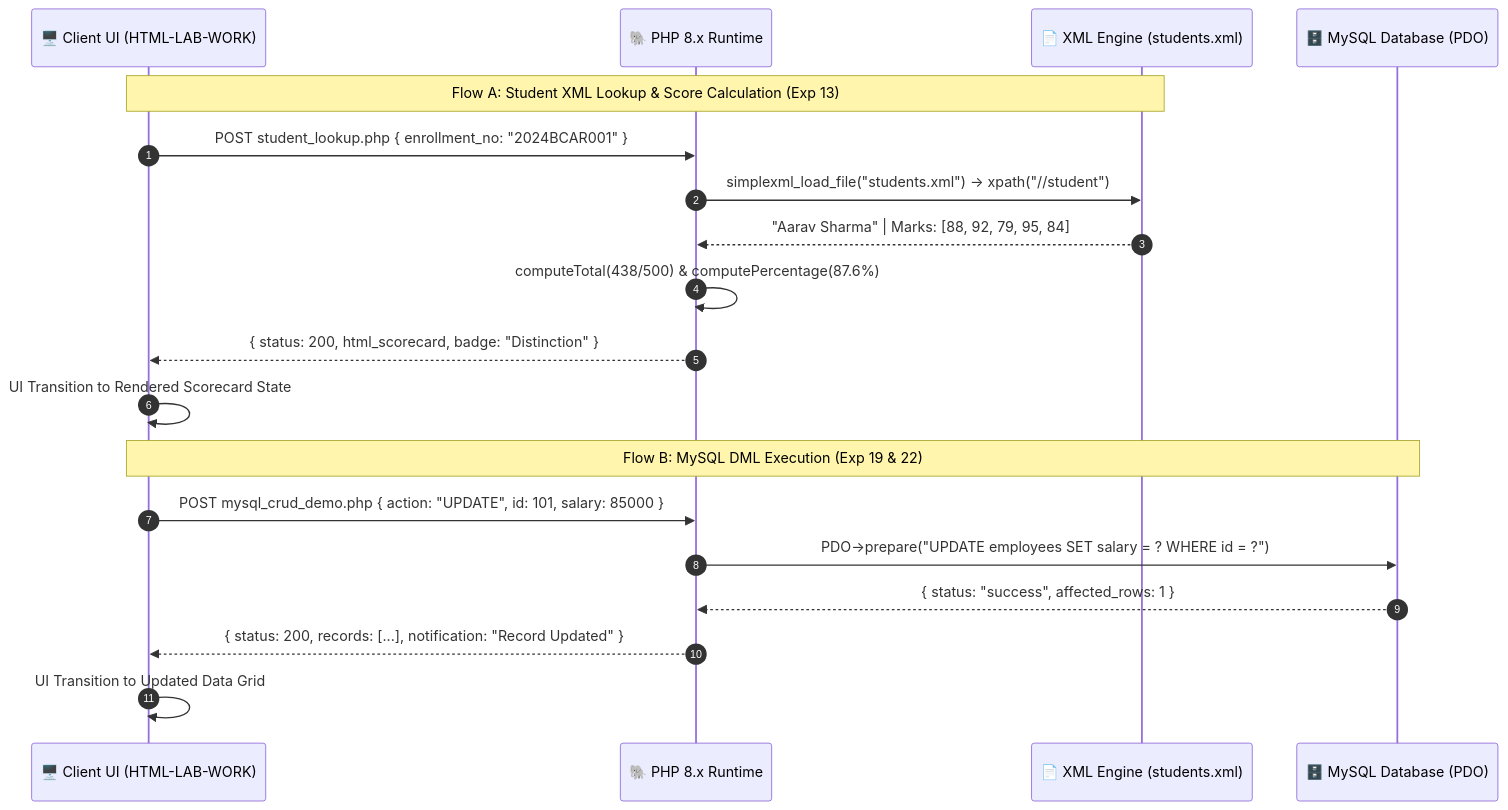
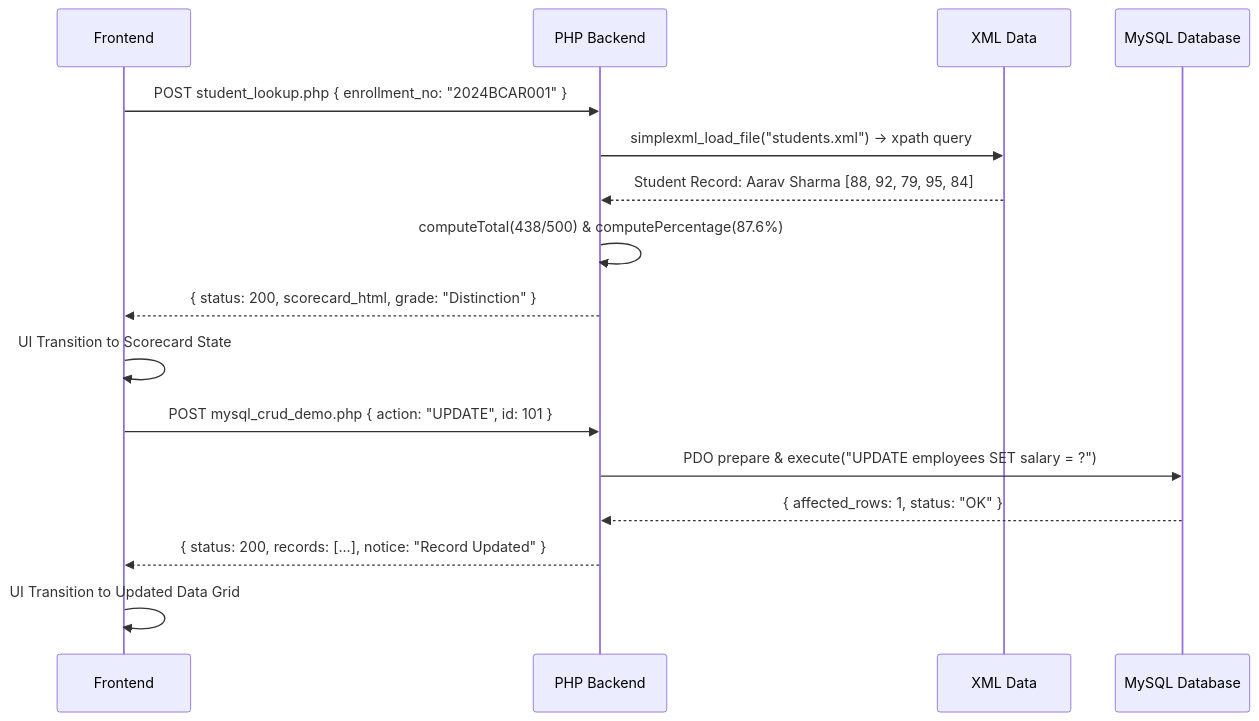
One commit to Atulframez/Frontend-Foundations changed the second of 2 diagrams in README.md. Above: the diagram before and after it, drawn with Mermaid. The commit also changed other lines of this file, not shown here.

Commit message:
fix(readme): fix mermaid syntax and edge labels for github rendering

````diff
--- a/README.md
+++ b/README.md
@@ -85,25 +77,20 @@
 ```mermaid
 sequenceDiagram
-    autonumber
-    participant Frontend as 🖥️ Client UI (HTML-LAB-WORK)
-    participant PHP as 🐘 PHP 8.x Runtime
-    participant XML as 📄 XML Engine (students.xml)
-    participant MySQL as 🗄️ MySQL Database (PDO)
+    participant Frontend
+    participant PHP_Server as PHP Backend
+    participant XML_Store as XML Data
+    participant MySQL_DB as MySQL Database
 
-    %% Flow A: XML Student Lookup (Exp 13)
-    Note over Frontend,XML: Flow A: Student XML Lookup & Score Calculation (Exp 13)
-    Frontend->>PHP: POST student_lookup.php { enrollment_no: "2024BCAR001" }
-    PHP->>XML: simplexml_load_file("students.xml") -> xpath("//student")
-    XML-->>PHP: "Aarav Sharma" | Marks: [88, 92, 79, 95, 84]
-    PHP->>PHP: computeTotal(438/500) & computePercentage(87.6%)
-    PHP-->>Frontend: { status: 200, html_scorecard, badge: "Distinction" }
-    Frontend->>Frontend: UI Transition to Rendered Scorecard State
+    Frontend->>PHP_Server: POST student_lookup.php { enrollment_no: "2024BCAR001" }
+    PHP_Server->>XML_Store: simplexml_load_file("students.xml") -> xpath query
+    XML_Store-->>PHP_Server: Student Record: Aarav Sharma [88, 92, 79, 95, 84]
+    PHP_Server->>PHP_Server: computeTotal(438/500) & computePercentage(87.6%)
+    PHP_Server-->>Frontend: { status: 200, scorecard_html, grade: "Distinction" }
+    Frontend->>Frontend: UI Transition to Scorecard State
 
-    %% Flow B: MySQL Prepared DML Transaction (Exp 19 & 22)
-    Note over Frontend,MySQL: Flow B: MySQL DML Execution (Exp 19 & 22)
-    Frontend->>PHP: POST mysql_crud_demo.php { action: "UPDATE", id: 101, salary: 85000 }
-    PHP->>MySQL: PDO->prepare("UPDATE employees SET salary = ? WHERE id = ?")
-    MySQL-->>PHP: { status: "success", affected_rows: 1 }
-    PHP-->>Frontend: { status: 200, records: [...], notification: "Record Updated" }
+    Frontend->>PHP_Server: POST mysql_crud_demo.php { action: "UPDATE", id: 101 }
+    PHP_Server->>MySQL_DB: PDO prepare & execute("UPDATE employees SET salary = ?")
+    MySQL_DB-->>PHP_Server: { affected_rows: 1, status: "OK" }
+    PHP_Server-->>Frontend: { status: 200, records: [...], notice: "Record Updated" }
     Frontend->>Frontend: UI Transition to Updated Data Grid
 ```
````
